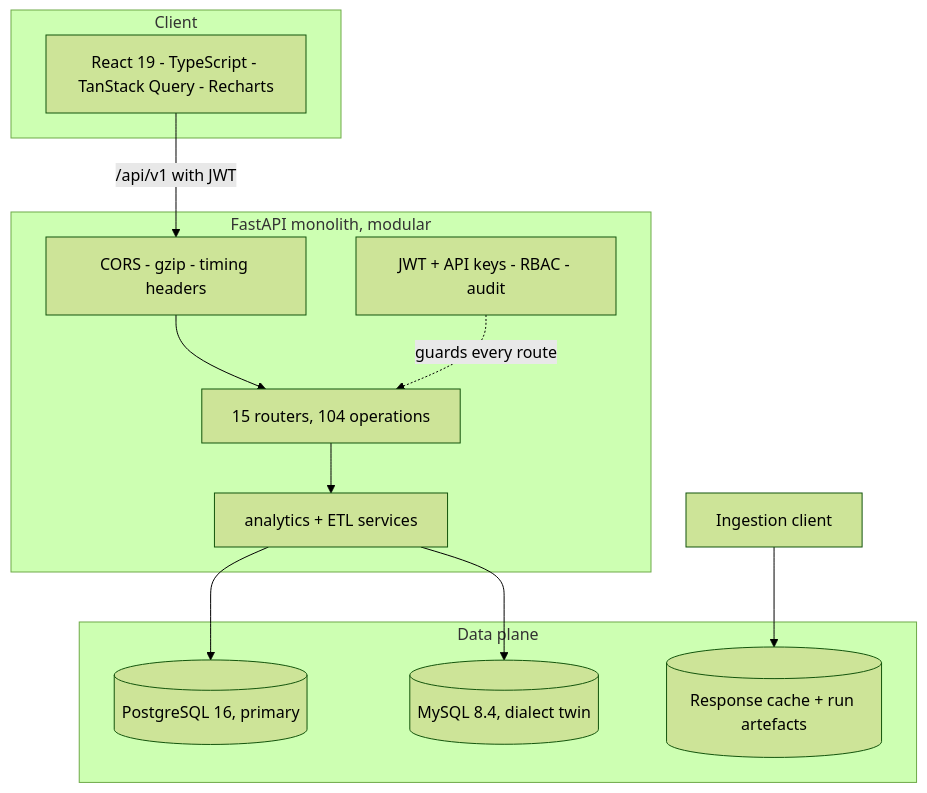
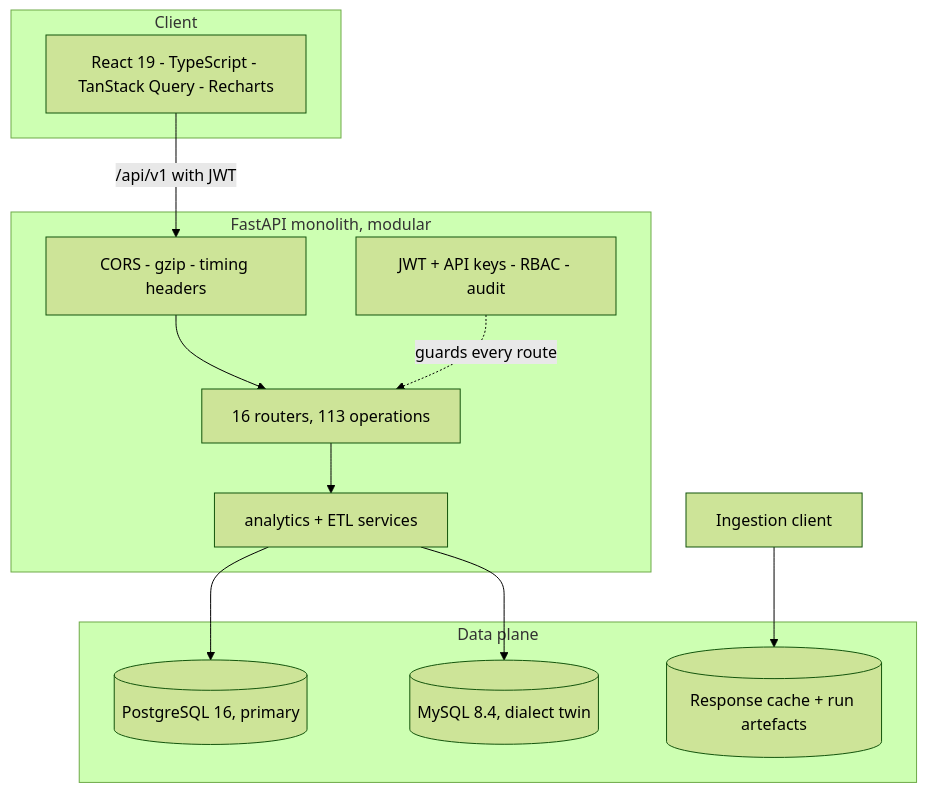
The third of 9 diagrams in README.md (Ahmedbakr78/Web-to-Warehouse-Product-Intelligence-Pipeline), drawn with Mermaid (forest theme) before and after one commit. The commit also changed other lines of this file and 14 other files, not shown here.

````diff
--- a/README.md
+++ b/README.md
@@ -269,22 +269,22 @@
 ```mermaid
 flowchart TB
     subgraph Browser["Client"]
         RE["React 19 - TypeScript - TanStack Query - Recharts"]
     end
     subgraph Server["FastAPI monolith, modular"]
         MW["CORS - gzip - timing headers"]
-        RT["15 routers, 104 operations"]
+        RT["16 routers, 113 operations"]
         SV["analytics + ETL services"]
         SEC["JWT + API keys - RBAC - audit"]
         MW --> RT --> SV
         SEC -.guards every route.-> RT
     end
     subgraph Data["Data plane"]
         PG[("PostgreSQL 16, primary")]
         MY[("MySQL 8.4, dialect twin")]
         FS[("Response cache + run artefacts")]
     end
     RE -->|"/api/v1 with JWT"| MW
     SV --> PG & MY
     HC2["Ingestion client"] --> FS
 ```
````
